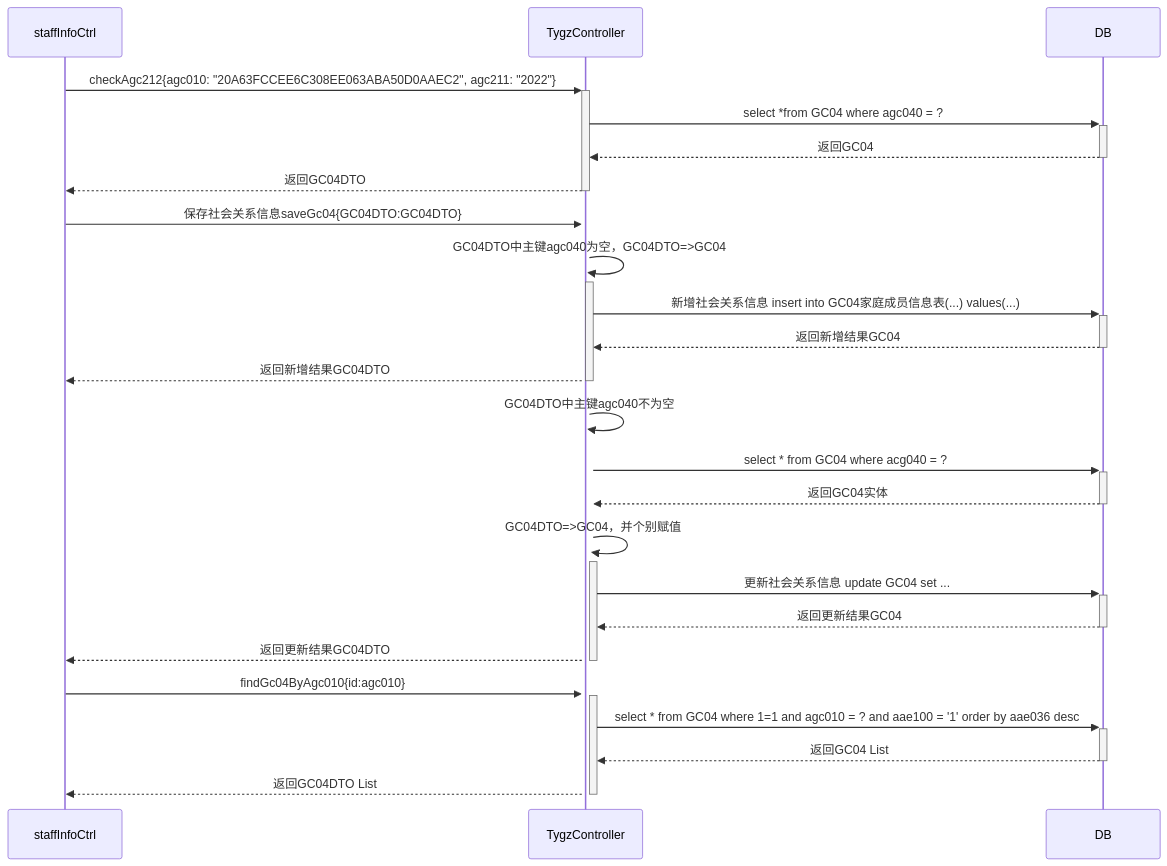
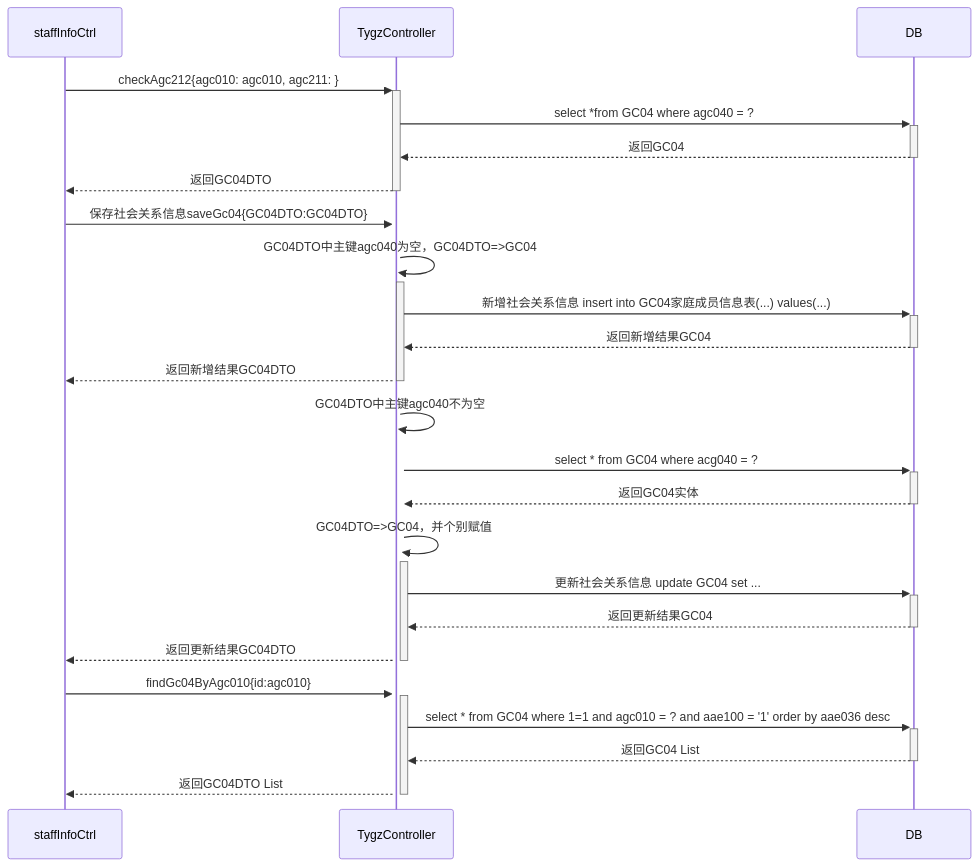
The diagram in all/人员考核信息新增按钮的调用业务流程.md (ZhangJianBeiJing/iodraw-files), drawn with Mermaid before and after one commit.

Commit message:
2025-03-25 17:51:19 update

````diff
--- a/all/人员考核信息新增按钮的调用业务流程.md
+++ b/all/人员考核信息新增按钮的调用业务流程.md
@@ -1,24 +1,24 @@
 ```mermaid
 sequenceDiagram
-    staffInfoCtrl->>+TygzController:checkAgc212{agc010: "20A63FCCEE6C308EE063ABA50D0AAEC2", agc211: "2022"}
+    staffInfoCtrl->>+TygzController:checkAgc212{agc010: agc010, agc211: }
     TygzController->>+DB:select *from GC04 where agc040 = ?
     DB-->>-TygzController:返回GC04
     TygzController-->>-staffInfoCtrl:返回GC04DTO
     staffInfoCtrl->>+TygzController:保存社会关系信息saveGc04{GC04DTO:GC04DTO}
     TygzController->>+TygzController:GC04DTO中主键agc040为空，GC04DTO=>GC04
     TygzController->>+DB:新增社会关系信息 insert into GC04家庭成员信息表(...) values(...)
     DB-->>-TygzController:返回新增结果GC04
     TygzController-->>-staffInfoCtrl:返回新增结果GC04DTO
     TygzController->>+TygzController:GC04DTO中主键agc040不为空
     TygzController->>+DB:select * from GC04 where acg040 = ?
     DB-->>-TygzController:返回GC04实体
     TygzController->>+TygzController:GC04DTO=>GC04，并个别赋值
     TygzController->>+DB:更新社会关系信息 update GC04 set ...
     DB-->>-TygzController:返回更新结果GC04
     TygzController-->>-staffInfoCtrl:返回更新结果GC04DTO
 
     staffInfoCtrl->>+TygzController:findGc04ByAgc010{id:agc010}
     TygzController->>+DB:select * from GC04 where 1=1 and agc010 = ? and aae100 = '1' order by aae036 desc
     DB-->>-TygzController:返回GC04 List
     TygzController-->>-staffInfoCtrl:返回GC04DTO List
 ```
````
